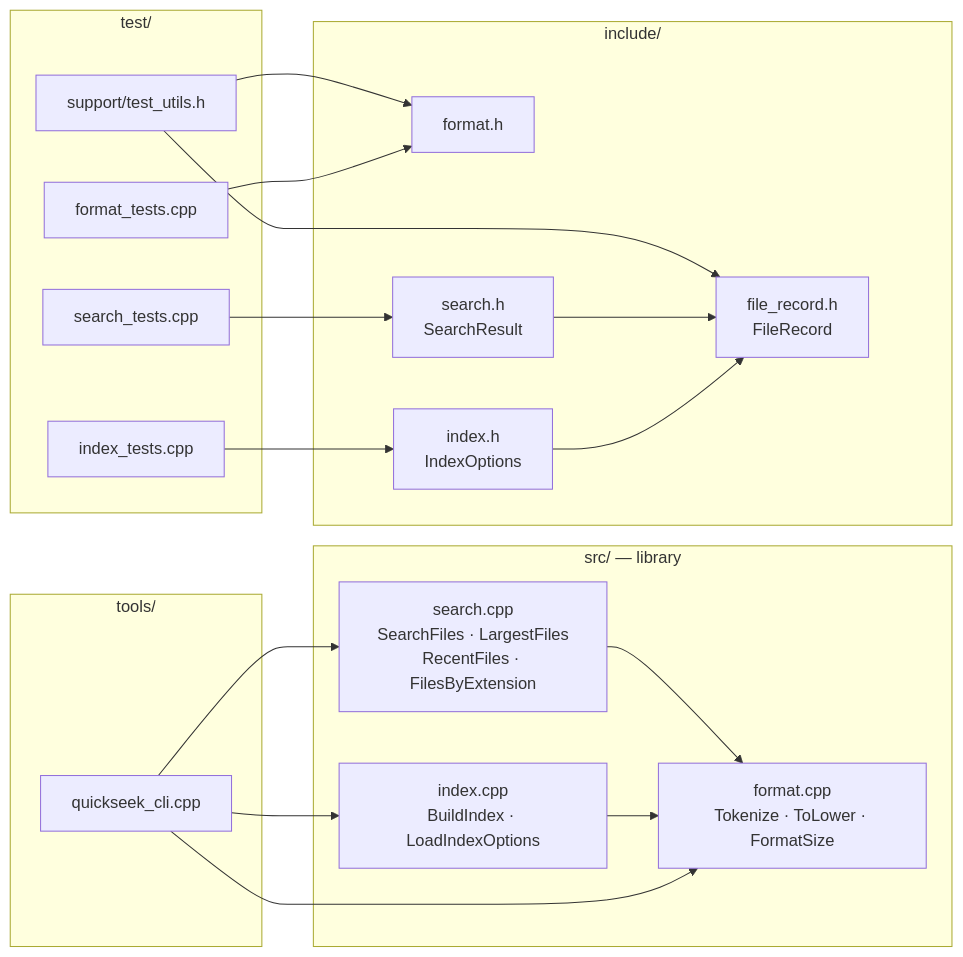
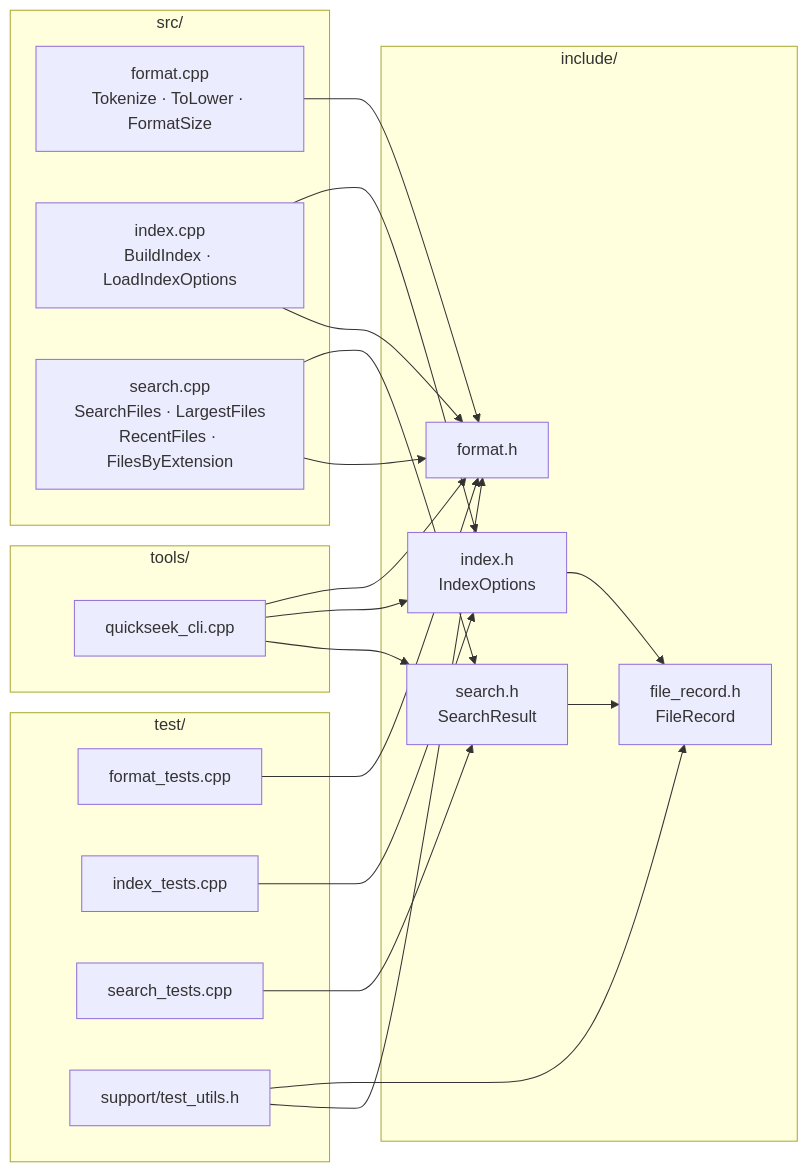
Before and after one commit to shreejaykurhade/quickseek: the first of 4 diagrams in docs/design-notes.md, drawn with Mermaid. The commit also changed other lines of this file and 1 other file, not shown here.

Commit message:
docs: fix mermaid diagram syntax

````diff
--- a/docs/design-notes.md
+++ b/docs/design-notes.md
@@ -7,35 +7,38 @@
 ```mermaid
 graph LR
-    subgraph FE ["tools/"]
+    subgraph tools ["tools/"]
         CLI["quickseek_cli.cpp"]
     end
-    subgraph LIB ["src/ — library"]
-        FMT["format.cpp\nTokenize · ToLower · FormatSize"]
-        IDX["index.cpp\nBuildIndex · LoadIndexOptions"]
-        SCH["search.cpp\nSearchFiles · LargestFiles\nRecentFiles · FilesByExtension"]
+    subgraph src ["src/"]
+        FMT["format.cpp<br/>Tokenize · ToLower · FormatSize"]
+        IDX["index.cpp<br/>BuildIndex · LoadIndexOptions"]
+        SCH["search.cpp<br/>SearchFiles · LargestFiles<br/>RecentFiles · FilesByExtension"]
     end
-    subgraph INC ["include/"]
-        FR["file_record.h\nFileRecord"]
+    subgraph inc ["include/"]
+        FR["file_record.h<br/>FileRecord"]
         FH["format.h"]
-        IH["index.h\nIndexOptions"]
-        SH["search.h\nSearchResult"]
+        IH["index.h<br/>IndexOptions"]
+        SH["search.h<br/>SearchResult"]
     end
-    subgraph TST ["test/"]
+    subgraph test ["test/"]
         FT["format_tests.cpp"]
         IT["index_tests.cpp"]
         ST["search_tests.cpp"]
         TU["support/test_utils.h"]
     end
-    CLI --> IDX
-    CLI --> SCH
-    CLI --> FMT
-    IDX --> FMT
-    SCH --> FMT
+    CLI --> FH
+    CLI --> IH
+    CLI --> SH
+    FMT --> FH
+    IDX --> IH
+    IDX --> FH
+    SCH --> SH
+    SCH --> FH
     IH --> FR
     SH --> FR
     FT --> FH
     IT --> IH
     ST --> SH
     TU --> FR
     TU --> FH
 ```
````
